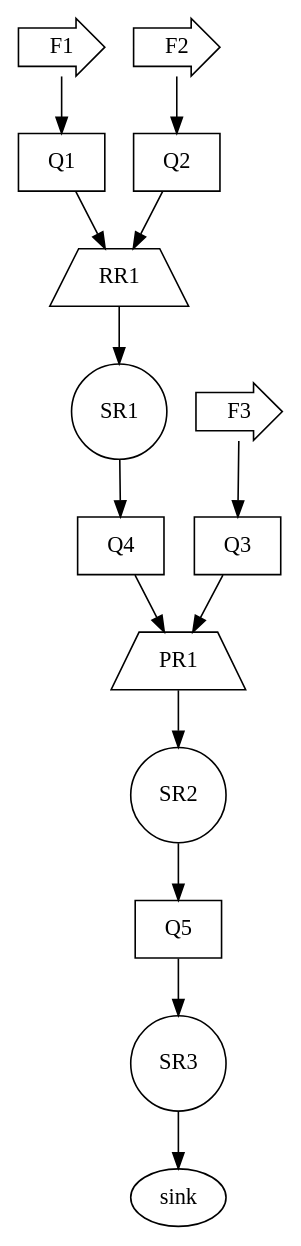
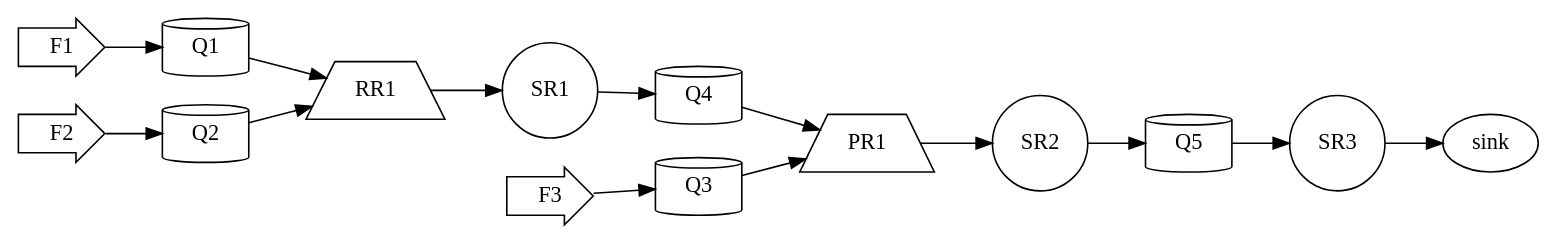
Before and after one commit to ANUPARNAGANGULY2000/FlexNoC_AF: the diagram in dsl/graph3.dot, drawn with Graphviz. The commit also changed 8 other files, not shown here.

```diff
--- a/dsl/graph3.dot
+++ b/dsl/graph3.dot
@@ -1,30 +1,33 @@
 digraph G{
+
+ rankdir = "LR"
+
 F1[label="F1", type=Source, rate=0.03, cv=0.97, t_serv=1.0, shape="rarrow"];
 F2[label="F2", type=SOURCE, rate=0.03, cv=0.97, shape="rarrow"];
-Q1[label="Q1", type=QUEUE, depth=4, shape="cyclinder"];
-Q2[label="Q2", type=Queue, depth=4, shape="cyclinder"];
+Q1[label="Q1", type=QUEUE, depth=4, shape="cylinder"];
+Q2[label="Q2", type=Queue, depth=4, shape="cylinder"];
 RR1[label="RR1", type=RoundRobin, zero_load=0.0, t_serv=0.0, coeff_var=0.0, shape="trapezium"];
 SR1[label="SR1", type=Server, t_serv=1.0, coeff_var=0.0, shape="circle"];
 F3[label="F3", type=Source, rate=0.05, cv=0.95, shape="rarrow"];
-Q3[label="Q3", type=Queue, depth=4, shape="cyclinder"];
-Q4[label="Q4", type=QUeue, depth=4, shape="cyclinder"];
+Q3[label="Q3", type=Queue, depth=4, shape="cylinder"];
+Q4[label="Q4", type=QUeue, depth=4, shape="cylinder"];
 PR1[label="PR1", type=Priority, zero_load=0.0, shape="trapezium"];
 SR2[label="SR2", type=Server, t_serv=1.0, coeff_var=0.0, shape="circle"];
-Q5[label="Q5", type=Queue, depth=3, shape="cyclinder"];
+Q5[label="Q5", type=Queue, depth=3, shape="cylinder"];
 SR3[label="SR3", type=Server, t_serv=1.0, coeff_var=0.0, rate=0.14, shape="circle"];
 Sink1[label="sink", type=Sink];
 
 F1 -> Q1;
 F2 -> Q2;
 Q1 -> RR1;
 Q2 -> RR1;
 RR1 ->SR1;
 SR1 -> Q4;
 F3 -> Q3;
 Q4 -> PR1;
 Q3 -> PR1;
 PR1 -> SR2;
 SR2 -> Q5;
 Q5 -> SR3;
 SR3 -> Sink1;
 }
```
